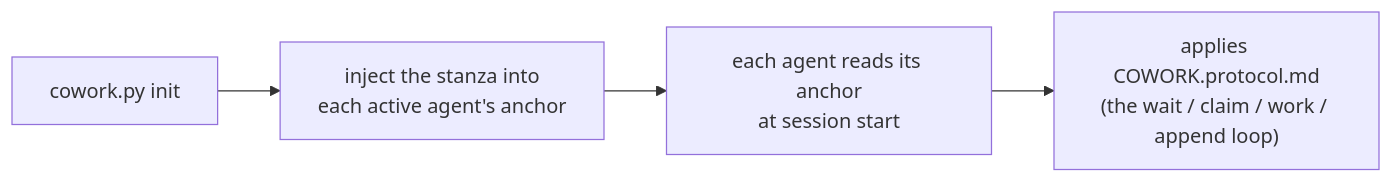
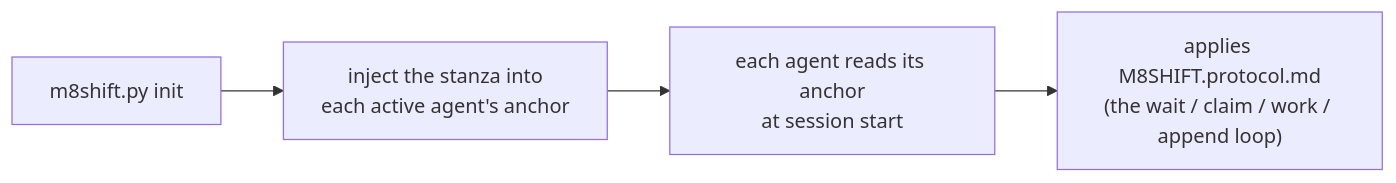
Before and after one commit to M8Shift/M8Shift: the diagram in docs/en/protocol.md, drawn with Mermaid. The commit also changed other lines of this file and 6 other files, not shown here.

First line of the commit message:
feat(phase2): rename cowork.py→m8shift.py + COWORK.*→M8SHIFT.* with full back-compat

````diff
--- a/docs/en/protocol.md
+++ b/docs/en/protocol.md
@@ -255,6 +255,6 @@
 ```mermaid
 flowchart LR
-    I["cowork.py init"] --> S["inject the stanza into<br/>each active agent's anchor"]
+    I["m8shift.py init"] --> S["inject the stanza into<br/>each active agent's anchor"]
     S --> R["each agent reads its anchor<br/>at session start"]
-    R --> L["applies COWORK.protocol.md<br/>(the wait / claim / work / append loop)"]
+    R --> L["applies M8SHIFT.protocol.md<br/>(the wait / claim / work / append loop)"]
 ```
````
